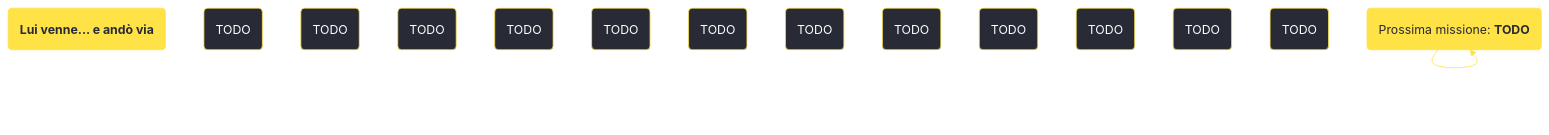
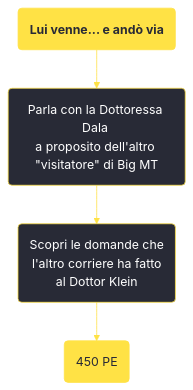
Before and after one commit to persy/wastelander: the diagram in content/voci/fallout new vegas/missioni/Lui venne... e andò via.md, drawn with Mermaid. The commit also changed 174 other files, not shown here.

````diff
--- a/content/voci/fallout new vegas/missioni/Lui venne... e andò via.md
+++ b/content/voci/fallout new vegas/missioni/Lui venne... e andò via.md
@@ -32,24 +32,14 @@
 ```mermaid
 %%{init: {'theme': 'base', 'themeVariables': { 'primaryColor': '#282a36', 'primaryBorderColor': '#ffe245', 'primaryTextColor': '#fff', 'lineColor': '#ffe245', 'fontFamily': 'Jura'}}}%%
 graph TD;
     id1(<b>Lui venne... e andò via</b>):::questfnv
-    id2(TODO)
-    id3(TODO)
-    id4(TODO)
-    id5(TODO)
-    id6(TODO)
-    id7(TODO) 
-    id8(TODO)
-    id9(TODO)
-    id10(TODO)
-    id11(TODO)
-    id12(TODO)
-    id13(TODO) 
-    id(TODO):::rewardfnv
-    id(Prossima missione: <b>TODO</b>):::questfnv
-    id-->id-->id-->id-->id-->id-->id
+    id2("Parla con la Dottoressa Dala <br />a proposito dell'altro <br />#quot;visitatore#quot; di Big MT")
+    id3(Scopri le domande che <br />l'altro corriere ha fatto <br />al Dottor Klein)
+    id4(450 PE):::rewardfnv
+
+    id1-->id2-->id3-->id4
     
-    click id "../TODO"
+    
     classDef rewardfnv fill:#ffe245, stroke:#ffe245, color:#282a36;
     classDef questfnv fill:#ffe245, stroke:#ffe245, color:#282a36;
 ```
````
